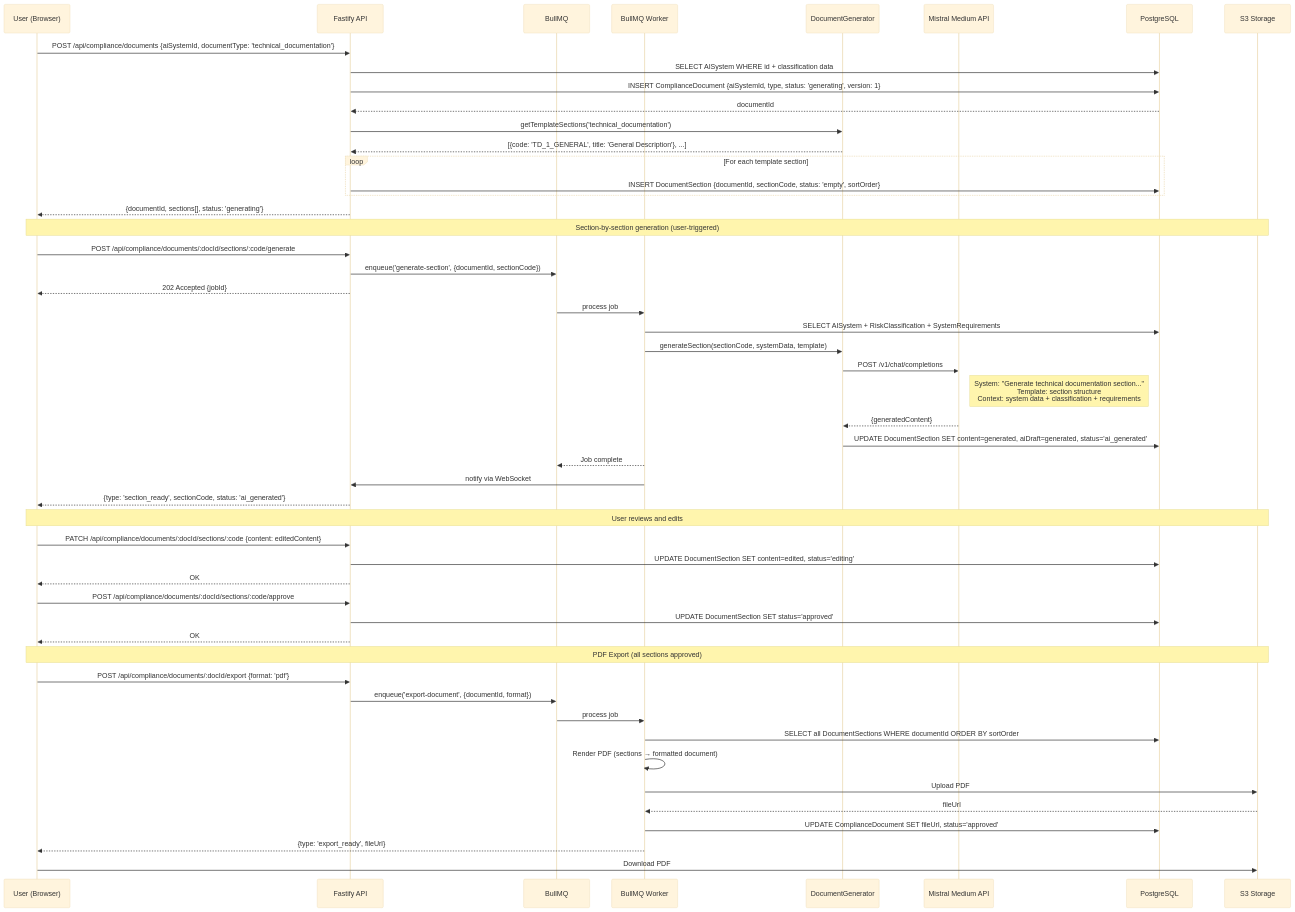
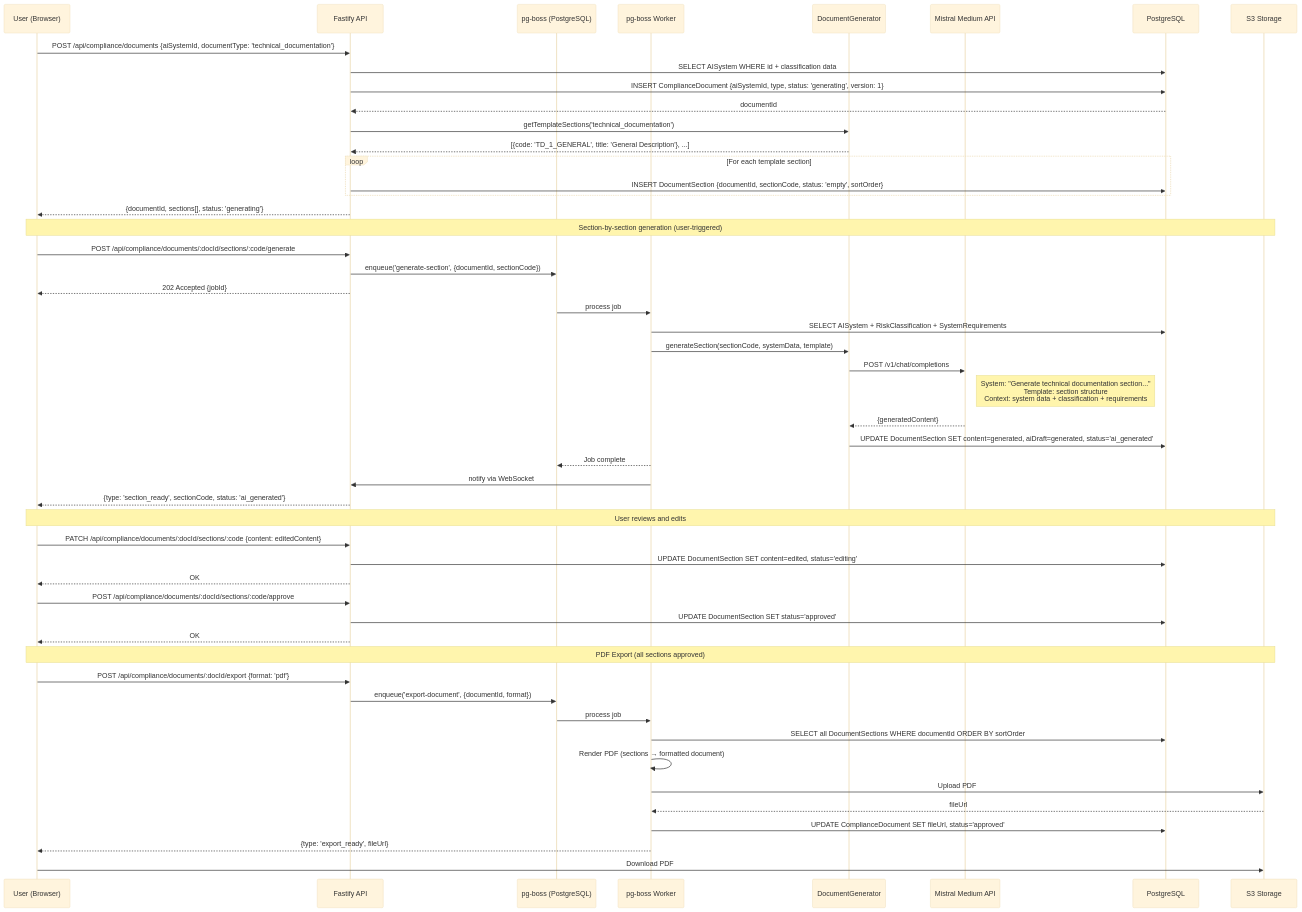
Before and after one commit to complior/complior: the fifth of 10 diagrams in docs/DATA-FLOWS.md, drawn with Mermaid (base theme). The commit also changed other lines of this file and 2 other files, not shown here.

First line of the commit message:
docs: replace BullMQ+Redis with pg-boss (PostgreSQL-native) for MVP

````diff
--- a/docs/DATA-FLOWS.md
+++ b/docs/DATA-FLOWS.md
@@ -224,69 +222,69 @@
 ```mermaid
 sequenceDiagram
     participant User as User (Browser)
     participant API as Fastify API
-    participant Queue as BullMQ
-    participant Worker as BullMQ Worker
+    participant Queue as pg-boss (PostgreSQL)
+    participant Worker as pg-boss Worker
     participant DocGen as DocumentGenerator
     participant LLM as Mistral Medium API
     participant DB as PostgreSQL
     participant S3 as S3 Storage
 
     User->>API: POST /api/compliance/documents {aiSystemId, documentType: 'technical_documentation'}
     API->>DB: SELECT AISystem WHERE id + classification data
     API->>DB: INSERT ComplianceDocument {aiSystemId, type, status: 'generating', version: 1}
     DB-->>API: documentId
 
     API->>DocGen: getTemplateSections('technical_documentation')
     DocGen-->>API: [{code: 'TD_1_GENERAL', title: 'General Description'}, ...]
 
     loop For each template section
         API->>DB: INSERT DocumentSection {documentId, sectionCode, status: 'empty', sortOrder}
     end
 
     API-->>User: {documentId, sections[], status: 'generating'}
 
     Note over User,S3: Section-by-section generation (user-triggered)
 
     User->>API: POST /api/compliance/documents/:docId/sections/:code/generate
     API->>Queue: enqueue('generate-section', {documentId, sectionCode})
     API-->>User: 202 Accepted {jobId}
 
     Queue->>Worker: process job
     Worker->>DB: SELECT AISystem + RiskClassification + SystemRequirements
     Worker->>DocGen: generateSection(sectionCode, systemData, template)
 
     DocGen->>LLM: POST /v1/chat/completions
     Note right of LLM: System: "Generate technical documentation section..."<br/>Template: section structure<br/>Context: system data + classification + requirements
     LLM-->>DocGen: {generatedContent}
 
     DocGen->>DB: UPDATE DocumentSection SET content=generated, aiDraft=generated, status='ai_generated'
     Worker-->>Queue: Job complete
 
     Worker->>API: notify via WebSocket
     API-->>User: {type: 'section_ready', sectionCode, status: 'ai_generated'}
 
     Note over User,S3: User reviews and edits
 
     User->>API: PATCH /api/compliance/documents/:docId/sections/:code {content: editedContent}
     API->>DB: UPDATE DocumentSection SET content=edited, status='editing'
     API-->>User: OK
 
     User->>API: POST /api/compliance/documents/:docId/sections/:code/approve
     API->>DB: UPDATE DocumentSection SET status='approved'
     API-->>User: OK
 
     Note over User,S3: PDF Export (all sections approved)
 
     User->>API: POST /api/compliance/documents/:docId/export {format: 'pdf'}
     API->>Queue: enqueue('export-document', {documentId, format})
     Queue->>Worker: process job
     Worker->>DB: SELECT all DocumentSections WHERE documentId ORDER BY sortOrder
     Worker->>Worker: Render PDF (sections → formatted document)
     Worker->>S3: Upload PDF
     S3-->>Worker: fileUrl
     Worker->>DB: UPDATE ComplianceDocument SET fileUrl, status='approved'
 
     Worker-->>User: {type: 'export_ready', fileUrl}
     User->>S3: Download PDF
 ```
````
